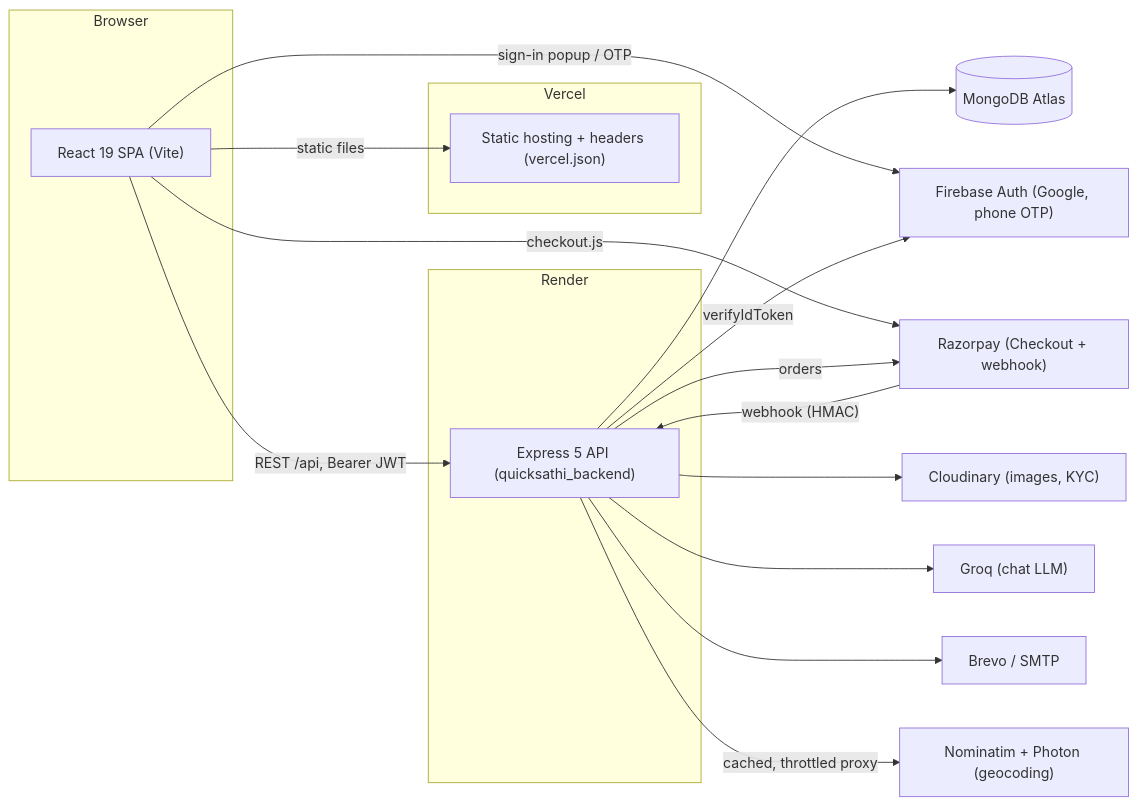
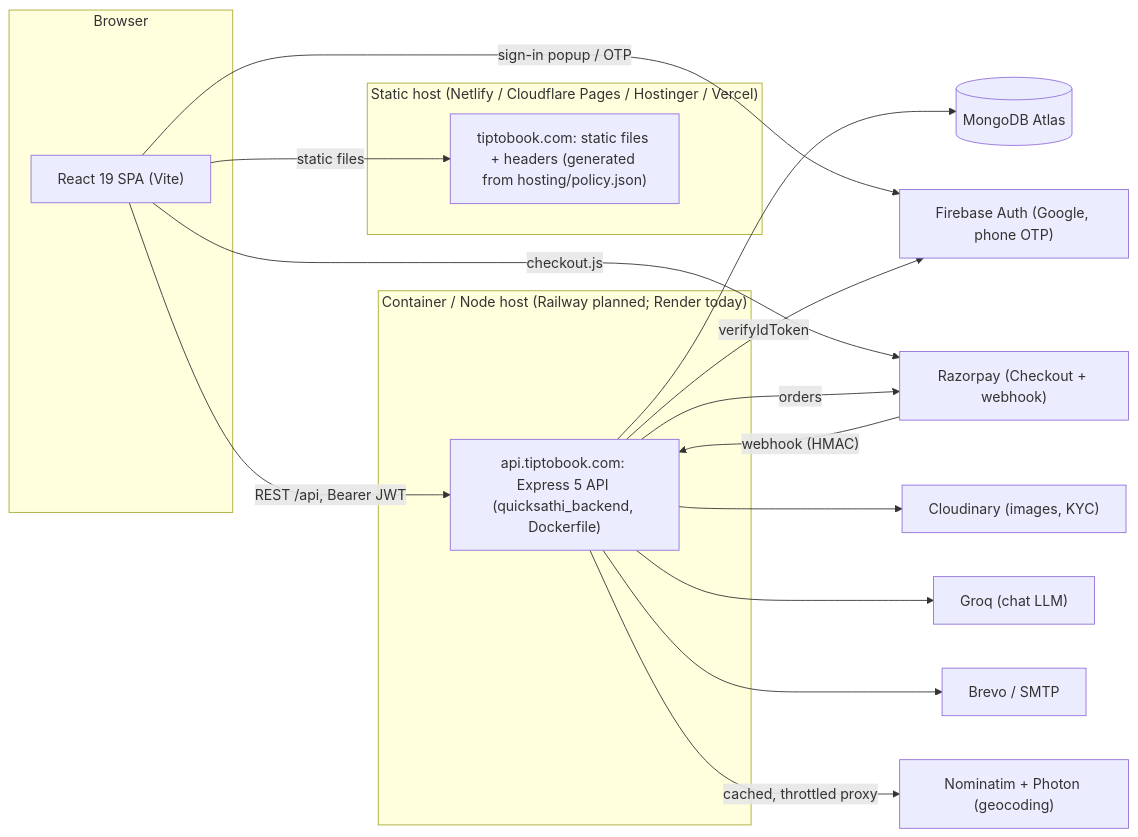
Before and after one commit to Alomonx-Technology-Pvt-Ltd/quicksathi: the first of 3 diagrams in ARCHITECTURE.md, drawn with Mermaid. The commit also changed other lines of this file and 19 other files, not shown here.

Commit message:
feat(hosting): vendor-independent config — TRUST_PROXY/CORS_ORIGINS/CORS_ORIGIN_PATTERNS/SELF_PING_URL, backend Dockerfile (CI builds and boots it), host files for Netlify/Cloudflare Pages/Apache/Vercel from one policy (R4.3)

````diff
--- a/ARCHITECTURE.md
+++ b/ARCHITECTURE.md
@@ -9,32 +9,32 @@
 ```mermaid
 flowchart LR
   subgraph Browser
     SPA["React 19 SPA (Vite)"]
   end
-  subgraph Vercel
-    STATIC["Static hosting + headers (vercel.json)"]
+  subgraph "Static host (Netlify / Cloudflare Pages / Hostinger / Vercel)"
+    STATIC["tiptobook.com: static files + headers (generated from hosting/policy.json)"]
   end
-  subgraph Render
-    API["Express 5 API (quicksathi_backend)"]
+  subgraph "Container / Node host (Railway planned; Render today)"
+    API["api.tiptobook.com: Express 5 API (quicksathi_backend, Dockerfile)"]
   end
   DB[("MongoDB Atlas")]
   FB["Firebase Auth (Google, phone OTP)"]
   RZP["Razorpay (Checkout + webhook)"]
   CLD["Cloudinary (images, KYC)"]
   GROQ["Groq (chat LLM)"]
   MAIL["Brevo / SMTP"]
   OSM["Nominatim + Photon (geocoding)"]
 
   SPA -->|static files| STATIC
   SPA -->|"REST /api, Bearer JWT"| API
   SPA -->|sign-in popup / OTP| FB
   SPA -->|"checkout.js"| RZP
   API --> DB
   API -->|verifyIdToken| FB
   API -->|orders| RZP
   RZP -->|"webhook (HMAC)"| API
   API --> CLD
   API --> GROQ
   API --> MAIL
   API -->|"cached, throttled proxy"| OSM
 ```
````
